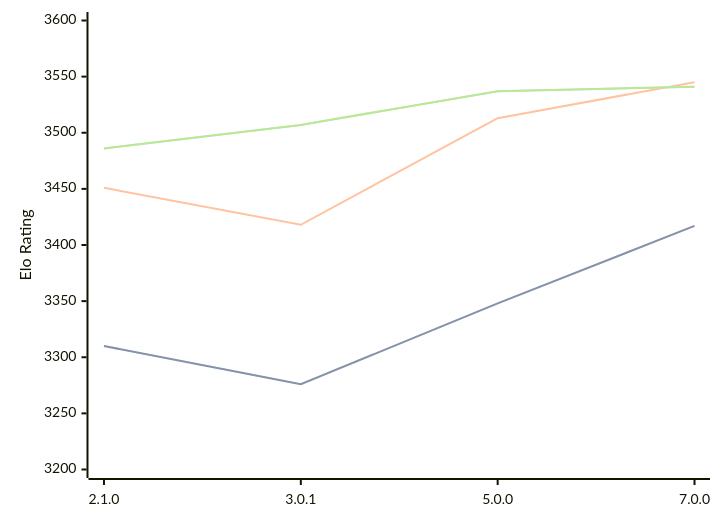
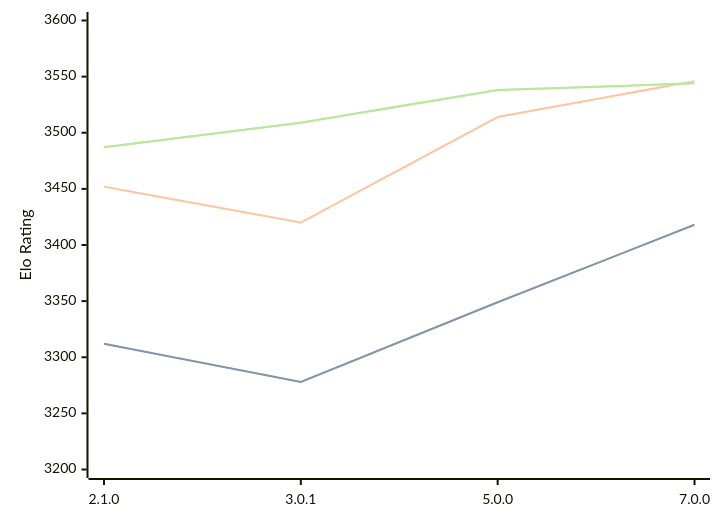
The diagram in engines/PlentyChess.md (computer-chess-index/cci), drawn with Mermaid before and after one commit. The commit also changed other lines of this file, not shown here.

Commit message:
Update CCI Ratings (ELO VLTC) - 2026-06-11

````diff
--- a/engines/PlentyChess.md
+++ b/engines/PlentyChess.md
@@ -45,11 +45,11 @@
 ```mermaid
 %%{init: {"theme":"base","themeVariables":{"seriesColors:['#a3a3a3','#222221','#faa371']}}}%%
 xychart-beta
   x-axis ["2.1.0", "3.0.1", "5.0.0", "7.0.0"]
   y-axis "Elo Rating" 3200 --> 3600
-  line "STC (8.0+0.08s)" [3310, 3276, 3348, 3417]
-  line "STC (8.0+0.08s)" [3310, 3276, 3348, 3417]
-  line "LTC (60.0+0.60s)" [3451, 3418, 3513, 3545]
-  line "VLTC (2m24s+1.12s)" [3486, 3507, 3537, 3541]
-  line "VLTC (2m24s+1.12s)" [3486, 3507, 3537, 3541]
+  line "STC (8.0+0.08s)" [3312, 3278, 3349, 3418]
+  line "STC (8.0+0.08s)" [3312, 3278, 3349, 3418]
+  line "LTC (60.0+0.60s)" [3452, 3420, 3514, 3546]
+  line "VLTC (2m24s+1.12s)" [3487, 3509, 3538, 3544]
+  line "VLTC (2m24s+1.12s)" [3487, 3509, 3538, 3544]
 ```
````
